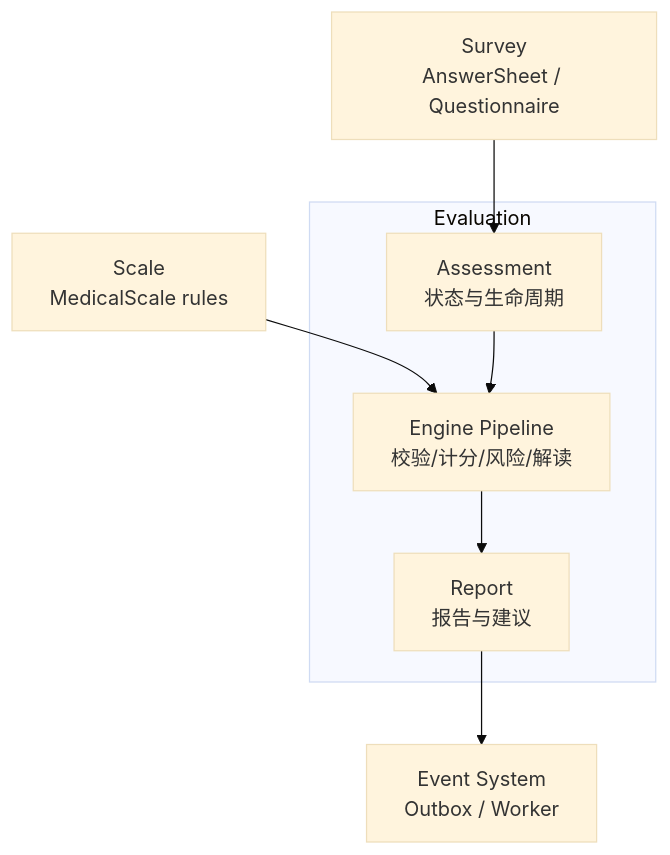
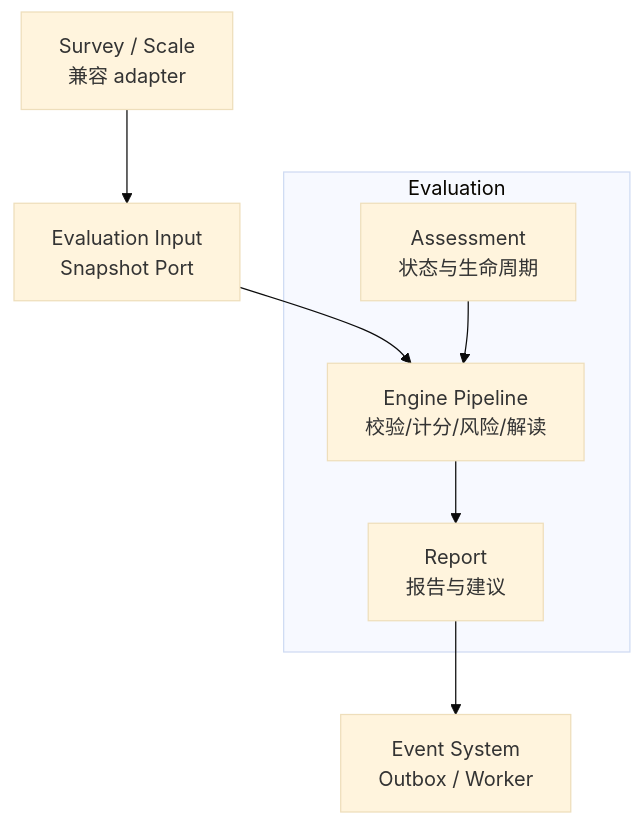
One commit to FangcunMount/qs-server changed the first of 2 diagrams in docs/02-业务模块/evaluation/00-整体架构.md. Above: the diagram before and after it, drawn with Mermaid (base theme). The commit also changed other lines of this file and 7 other files, not shown here.

````diff
--- a/docs/02-业务模块/evaluation/00-整体架构.md
+++ b/docs/02-业务模块/evaluation/00-整体架构.md
@@ -25,15 +25,14 @@
 ```mermaid
 flowchart TB
     subgraph Evaluation
         assessment["Assessment<br/>状态与生命周期"]
         engine["Engine Pipeline<br/>校验/计分/风险/解读"]
         report["Report<br/>报告与建议"]
     end
-    survey["Survey<br/>AnswerSheet / Questionnaire"]
-    scale["Scale<br/>MedicalScale rules"]
+    input["Evaluation Input<br/>Snapshot Port"]
+    surveyScale["Survey / Scale<br/>兼容 adapter"]
     event["Event System<br/>Outbox / Worker"]
 
-    survey --> assessment
-    scale --> engine
+    surveyScale --> input --> engine
     assessment --> engine --> report --> event
 ```
````
